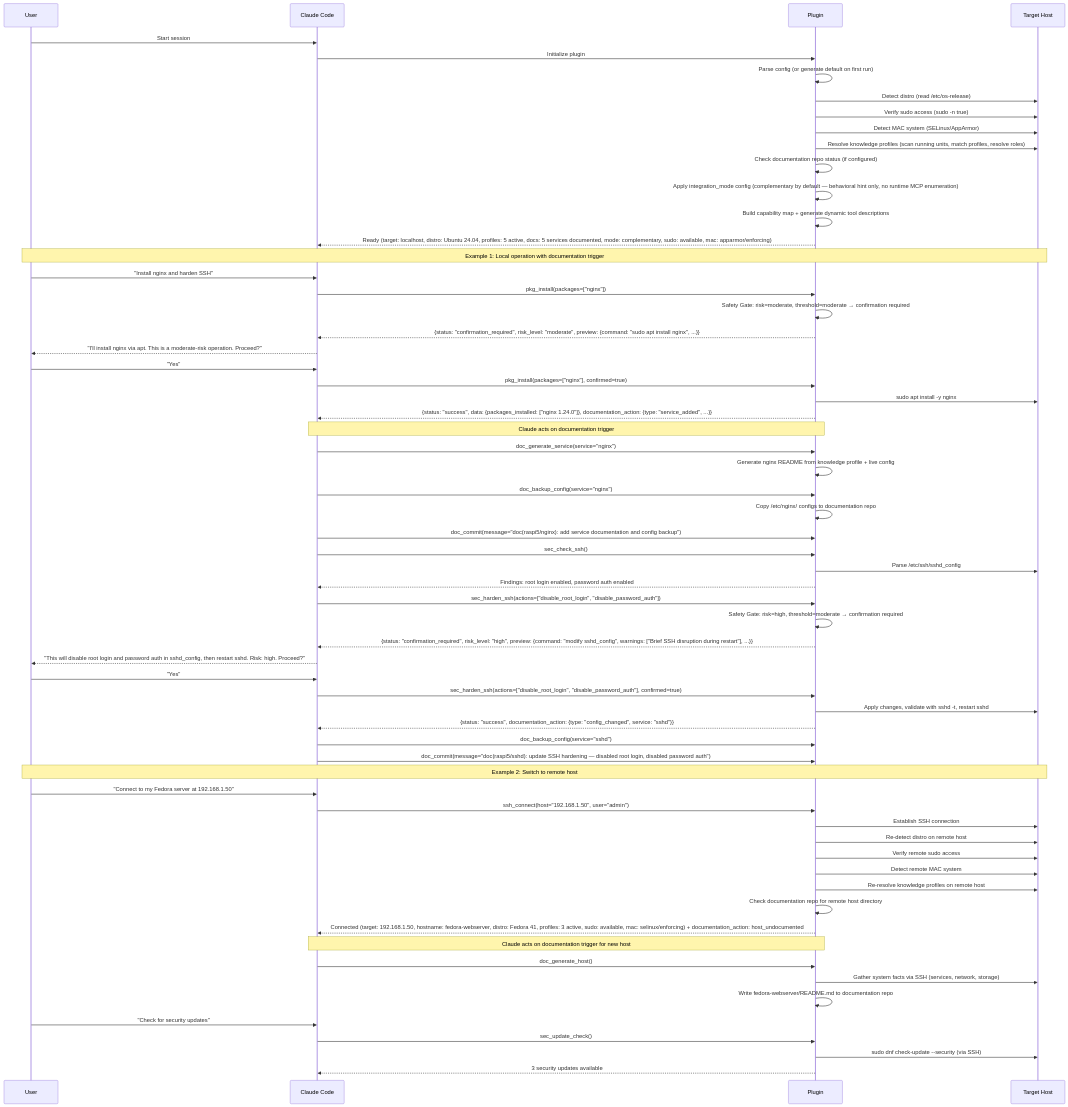
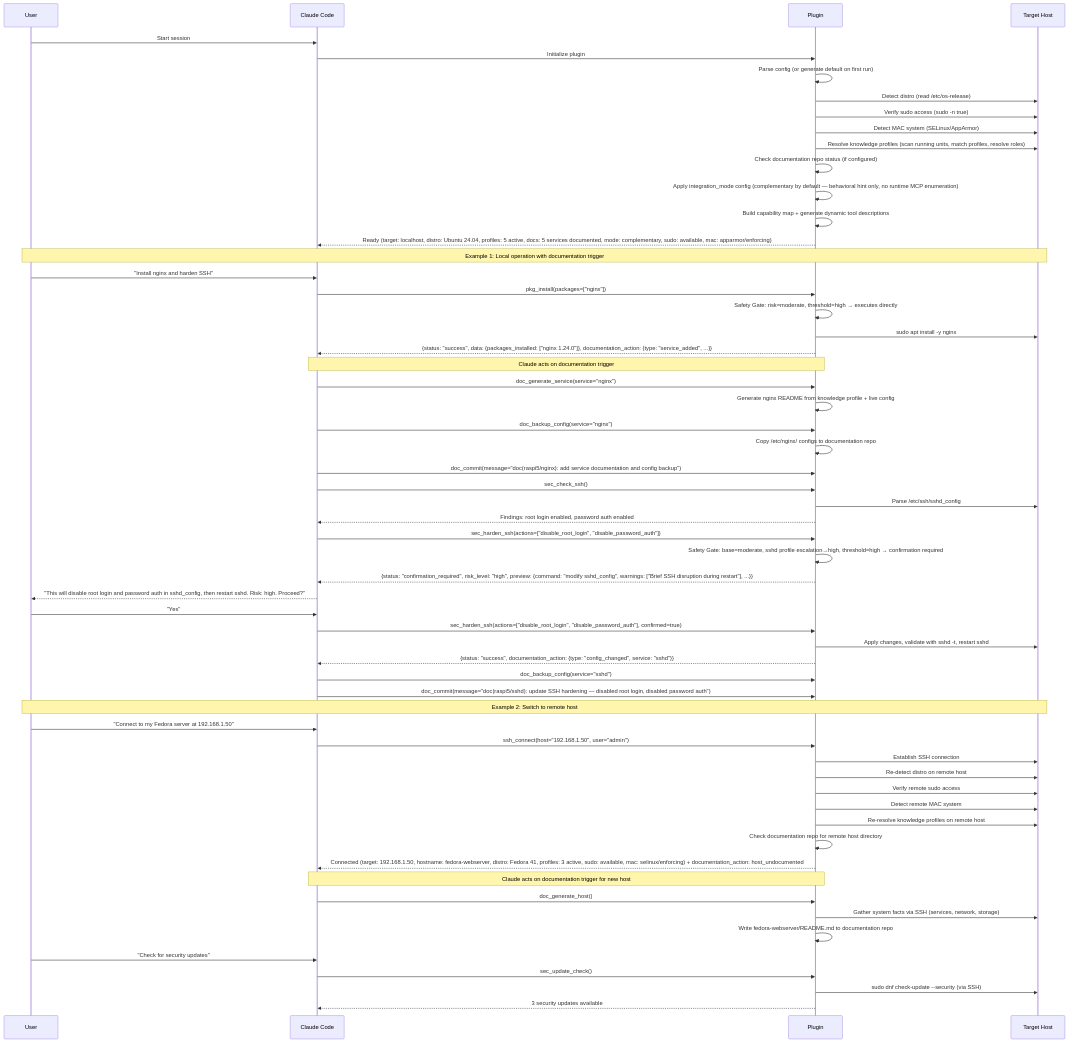
One commit to L3DigitalNet/Claude-Code-Plugins changed the second of 2 diagrams in plugins/linux-sysadmin-mcp/docs/linux-sysadmin-plugin-design.md. Above: the diagram before and after it, drawn with Mermaid. The commit also changed other lines of this file and 80 other files, not shown here.

````diff
--- a/plugins/linux-sysadmin-mcp/docs/linux-sysadmin-plugin-design.md
+++ b/plugins/linux-sysadmin-mcp/docs/linux-sysadmin-plugin-design.md
@@ -1944,76 +1944,72 @@
 ```mermaid
 sequenceDiagram
     participant U as User
     participant CC as Claude Code
     participant P as Plugin
     participant OS as Target Host
 
     U->>CC: Start session
     CC->>P: Initialize plugin
     P->>P: Parse config (or generate default on first run)
     P->>OS: Detect distro (read /etc/os-release)
     P->>OS: Verify sudo access (sudo -n true)
     P->>OS: Detect MAC system (SELinux/AppArmor)
     P->>OS: Resolve knowledge profiles (scan running units, match profiles, resolve roles)
     P->>P: Check documentation repo status (if configured)
     P->>P: Apply integration_mode config (complementary by default — behavioral hint only, no runtime MCP enumeration)
     P->>P: Build capability map + generate dynamic tool descriptions
     P-->>CC: Ready (target: localhost, distro: Ubuntu 24.04, profiles: 5 active, docs: 5 services documented, mode: complementary, sudo: available, mac: apparmor/enforcing)
 
     Note over U,OS: Example 1: Local operation with documentation trigger
 
     U->>CC: "Install nginx and harden SSH"
     CC->>P: pkg_install(packages=["nginx"])
-    P->>P: Safety Gate: risk=moderate, threshold=moderate → confirmation required
-    P-->>CC: {status: "confirmation_required", risk_level: "moderate", preview: {command: "sudo apt install nginx", ...}}
-    CC-->>U: "I'll install nginx via apt. This is a moderate-risk operation. Proceed?"
-    U->>CC: "Yes"
-    CC->>P: pkg_install(packages=["nginx"], confirmed=true)
+    P->>P: Safety Gate: risk=moderate, threshold=high → executes directly
     P->>OS: sudo apt install -y nginx
     P-->>CC: {status: "success", data: {packages_installed: ["nginx 1.24.0"]}, documentation_action: {type: "service_added", ...}}
 
     Note over CC,P: Claude acts on documentation trigger
     CC->>P: doc_generate_service(service="nginx")
     P->>P: Generate nginx README from knowledge profile + live config
     CC->>P: doc_backup_config(service="nginx")
     P->>P: Copy /etc/nginx/ configs to documentation repo
     CC->>P: doc_commit(message="doc(raspi5/nginx): add service documentation and config backup")
 
     CC->>P: sec_check_ssh()
     P->>OS: Parse /etc/ssh/sshd_config
     P-->>CC: Findings: root login enabled, password auth enabled
 
     CC->>P: sec_harden_ssh(actions=["disable_root_login", "disable_password_auth"])
-    P->>P: Safety Gate: risk=high, threshold=moderate → confirmation required
+    P->>P: Safety Gate: base=moderate, sshd profile escalation→high, threshold=high → confirmation required
     P-->>CC: {status: "confirmation_required", risk_level: "high", preview: {command: "modify sshd_config", warnings: ["Brief SSH disruption during restart"], ...}}
     CC-->>U: "This will disable root login and password auth in sshd_config, then restart sshd. Risk: high. Proceed?"
     U->>CC: "Yes"
     CC->>P: sec_harden_ssh(actions=["disable_root_login", "disable_password_auth"], confirmed=true)
     P->>OS: Apply changes, validate with sshd -t, restart sshd
     P-->>CC: {status: "success", documentation_action: {type: "config_changed", service: "sshd"}}
 
     CC->>P: doc_backup_config(service="sshd")
     CC->>P: doc_commit(message="doc(raspi5/sshd): update SSH hardening — disabled root login, disabled password auth")
 
     Note over U,OS: Example 2: Switch to remote host
 
     U->>CC: "Connect to my Fedora server at 192.168.1.50"
     CC->>P: ssh_connect(host="192.168.1.50", user="admin")
     P->>OS: Establish SSH connection
     P->>OS: Re-detect distro on remote host
     P->>OS: Verify remote sudo access
     P->>OS: Detect remote MAC system
     P->>OS: Re-resolve knowledge profiles on remote host
     P->>P: Check documentation repo for remote host directory
     P-->>CC: Connected (target: 192.168.1.50, hostname: fedora-webserver, distro: Fedora 41, profiles: 3 active, sudo: available, mac: selinux/enforcing) + documentation_action: host_undocumented
 
     Note over CC,P: Claude acts on documentation trigger for new host
     CC->>P: doc_generate_host()
     P->>OS: Gather system facts via SSH (services, network, storage)
     P->>P: Write fedora-webserver/README.md to documentation repo
 
     U->>CC: "Check for security updates"
     CC->>P: sec_update_check()
     P->>OS: sudo dnf check-update --security (via SSH)
     P-->>CC: 3 security updates available
 ```
````
